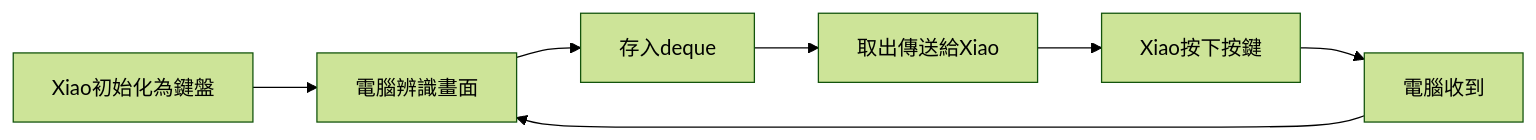
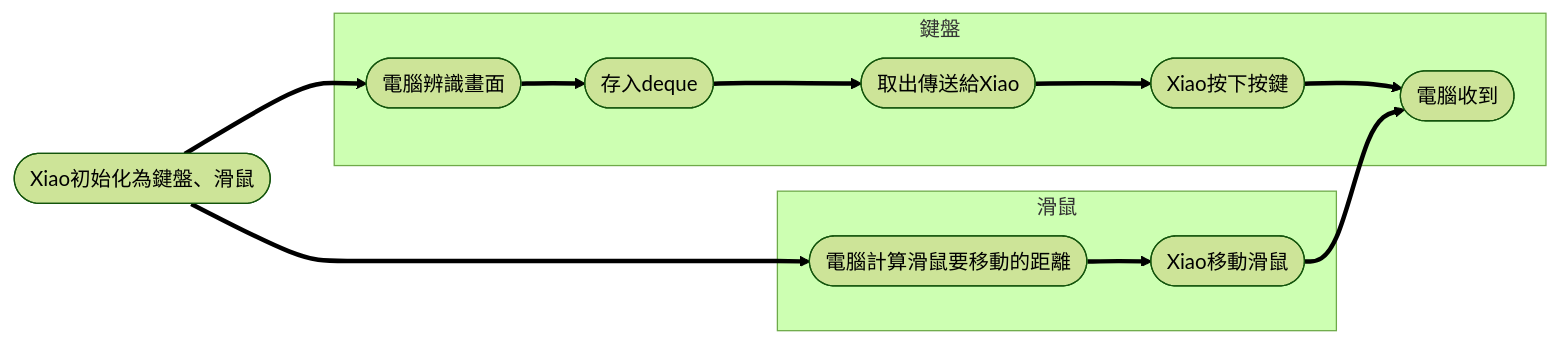
The diagram in README.md (abc21086999/maple_script), drawn with Mermaid before and after one commit.

````diff
--- a/README.md
+++ b/README.md
@@ -7,25 +7,36 @@
 ```mermaid
 %%{init: {'theme': 'forest'} }%%
 graph LR;
 
-%% 第一步 []
-step1[Xiao初始化為鍵盤]
+%% 第一步 
+step1([Xiao初始化為鍵盤、滑鼠])
 
 %% 第二步 []
-step2[電腦辨識畫面]
+step2([電腦辨識畫面])
 
 %% 第三步 []
-step3[存入deque]
+step3([存入deque])
 
 %% 第四步 []
-step4[取出傳送給Xiao]
+step4([取出傳送給Xiao])
 
 %% 第五步 []
-step5[Xiao按下按鍵]
+step5([Xiao按下按鍵])
 
 %% 第六步 []
-step6[電腦收到]
+step6([電腦收到])
+
+step7([Xiao移動滑鼠])
+
+step8([電腦計算滑鼠要移動的距離])
 
 %% 流程線 -->
-step1 --> step2 --> step3 --> step4 --> step5 --> step6 --> step2
+step1 ==> step2
+step1 ==> step8
+subgraph 鍵盤
+step2 ==> step3 ==> step4 ==> step5 ==> step6 
+end
+subgraph 滑鼠
+step8 ==> step7 ==> step6
+end
 ```
````
